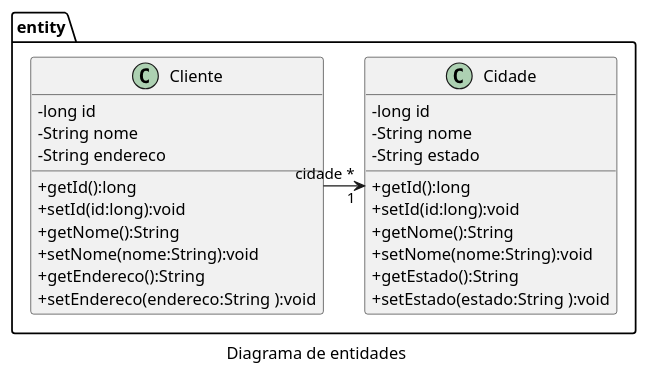
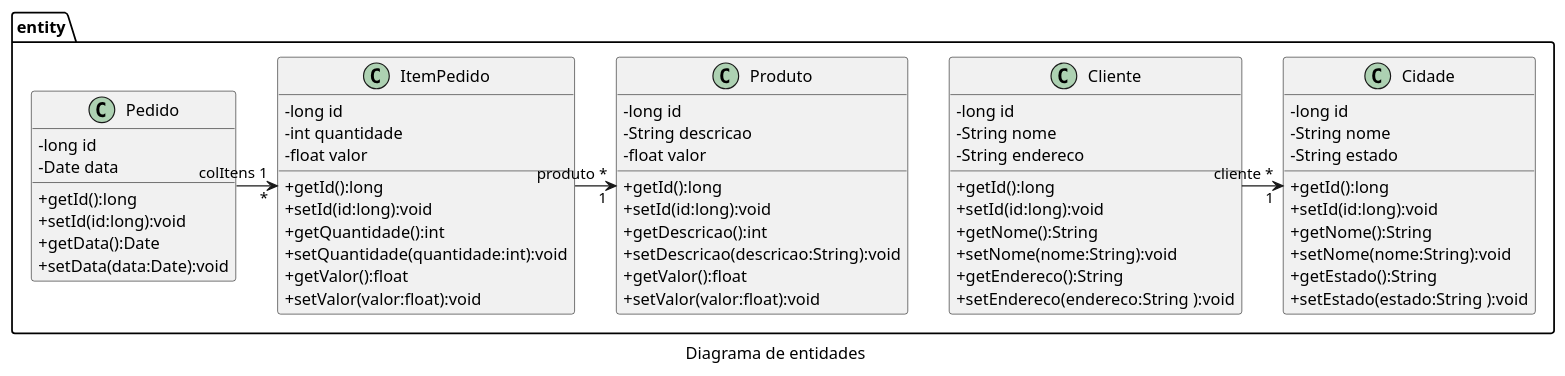
One commit to waltercoan/fso-turmab-proj changed the diagram in diagramas/entidades.puml. Above: the diagram before and after it, drawn with PlantUML. The commit also changed 5 other files, not shown here.

Commit message:
API GetClienteById

```diff
--- a/diagramas/entidades.puml
+++ b/diagramas/entidades.puml
@@ -1,33 +1,68 @@
 @startuml
 skinparam classAttributeIconSize 0
 caption Diagrama de entidades
 namespace entity {
     class Cliente {
         - long id
         - String nome
         - String endereco
 
         + getId():long
         + setId(id:long):void
         + getNome():String
         + setNome(nome:String):void
         + getEndereco():String
         + setEndereco(endereco:String ):void
         
     }
     class Cidade {
         - long id
         - String nome
         - String estado
 
         + getId():long
         + setId(id:long):void
         + getNome():String
         + setNome(nome:String):void
         + getEstado():String
         + setEstado(estado:String ):void
-        
     }
-    Cliente "cidade *" -> "1" Cidade
+    class Pedido {
+        - long id
+        - Date data
+
+        + getId():long
+        + setId(id:long):void
+        + getData():Date
+        + setData(data:Date):void
+    }
+    class ItemPedido {
+        - long id
+        - int quantidade
+        - float valor
+
+        + getId():long
+        + setId(id:long):void
+        + getQuantidade():int
+        + setQuantidade(quantidade:int):void
+        + getValor():float
+        + setValor(valor:float):void
+    }
+    class Produto {
+        - long id
+        - String descricao
+        - float valor
+
+        + getId():long
+        + setId(id:long):void
+        + getDescricao():int
+        + setDescricao(descricao:String):void
+        + getValor():float
+        + setValor(valor:float):void
+    }
+
+    Cliente "cliente *" -> "1" Cidade
+    Pedido "colItens 1" -> "*" ItemPedido
+    ItemPedido "produto *" -> "1" Produto
 }
 @enduml
```
